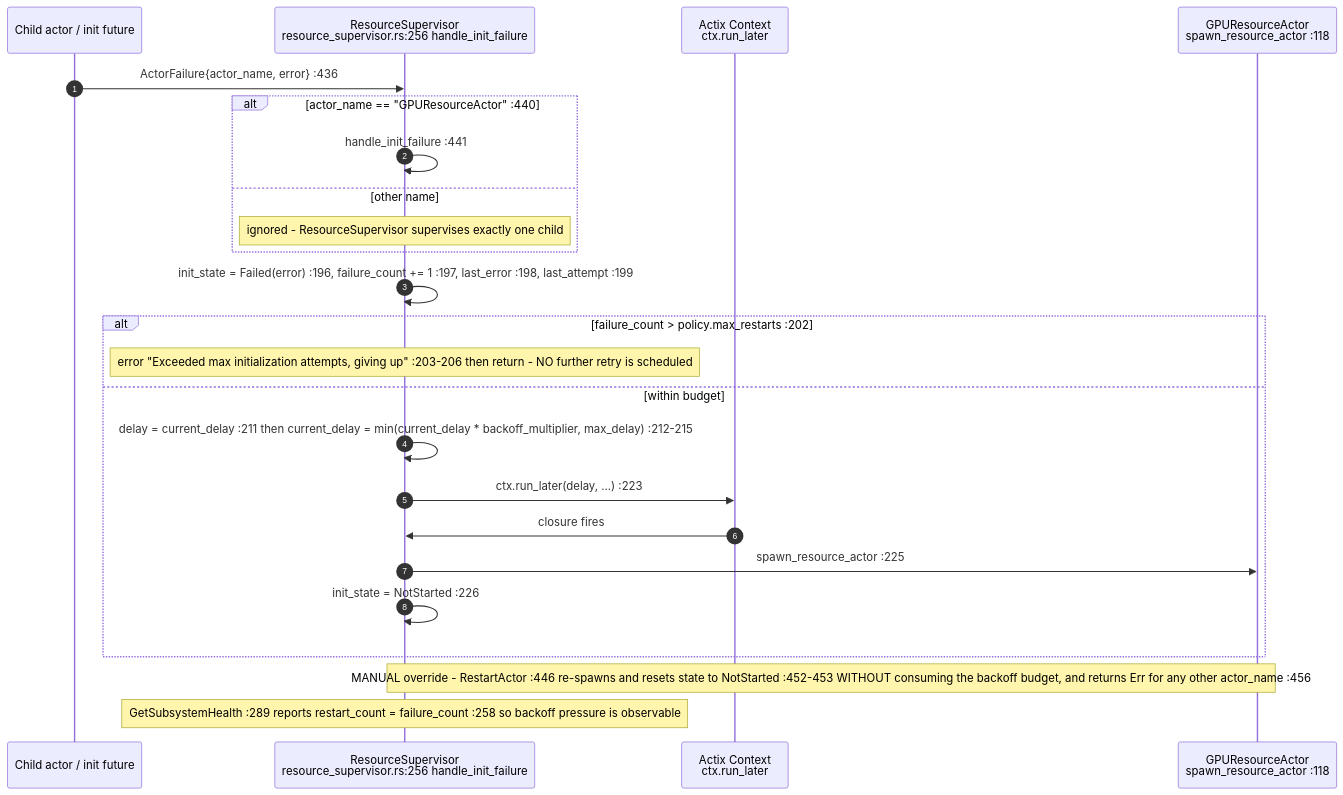
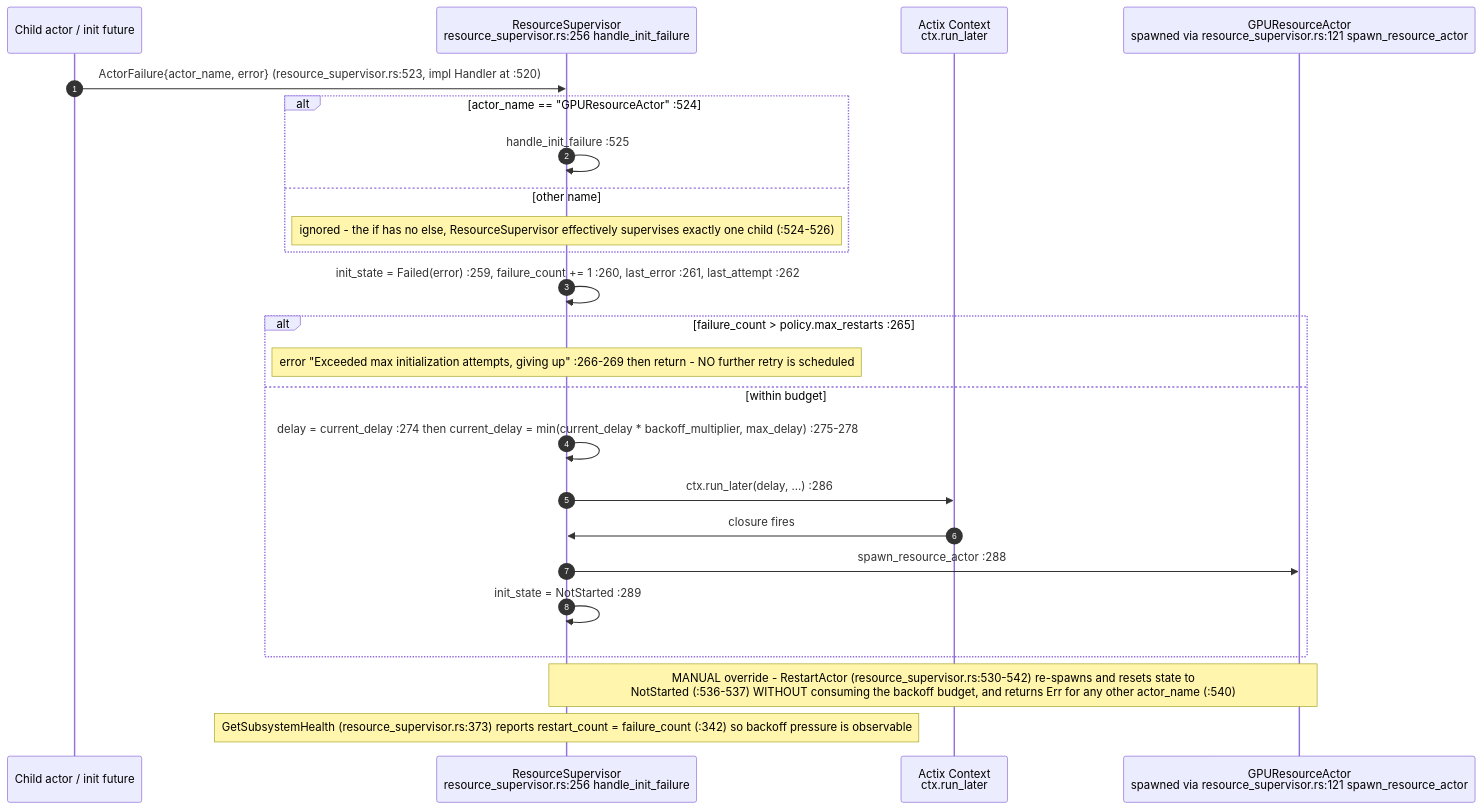
Before and after one commit to DreamLab-AI/VisionFlow: the fifth of 10 diagrams in docs/diagrams/visionclaw/10-gpu-supervision-and-context-bus.md, drawn with Mermaid. The commit also changed other lines of this file and 52 other files, not shown here.

First line of the commit message:
docs(diagrams): wave 3 checkpoint — bare line refs resolved, revision-pinned cite-check, VC-05/AB-01..13 re-attested

````diff
--- a/docs/diagrams/visionclaw/10-gpu-supervision-and-context-bus.md
+++ b/docs/diagrams/visionclaw/10-gpu-supervision-and-context-bus.md
@@ -204,27 +206,27 @@
 ```mermaid
 sequenceDiagram
     autonumber
     participant CH as Child actor / init future
     participant RS as ResourceSupervisor<br/>resource_supervisor.rs:256 handle_init_failure
     participant CTX as Actix Context<br/>ctx.run_later
-    participant GRA as GPUResourceActor<br/>spawn_resource_actor :118
+    participant GRA as GPUResourceActor<br/>spawned via resource_supervisor.rs:121 spawn_resource_actor
 
-    CH->>RS: ActorFailure{actor_name, error} :436
-    alt actor_name == "GPUResourceActor" :440
-        RS->>RS: handle_init_failure :441
+    CH->>RS: ActorFailure{actor_name, error} (resource_supervisor.rs:523, impl Handler at :520)
+    alt actor_name == "GPUResourceActor" :524
+        RS->>RS: handle_init_failure :525
     else other name
-        Note over RS: ignored - ResourceSupervisor supervises exactly one child
+        Note over RS: ignored - the if has no else, ResourceSupervisor effectively supervises exactly one child (:524-526)
     end
-    RS->>RS: init_state = Failed(error) :196, failure_count += 1 :197, last_error :198, last_attempt :199
-    alt failure_count > policy.max_restarts :202
-        Note over RS: error "Exceeded max initialization attempts, giving up" :203-206 then return - NO further retry is scheduled
+    RS->>RS: init_state = Failed(error) :259, failure_count += 1 :260, last_error :261, last_attempt :262
+    alt failure_count > policy.max_restarts :265
+        Note over RS: error "Exceeded max initialization attempts, giving up" :266-269 then return - NO further retry is scheduled
     else within budget
-        RS->>RS: delay = current_delay :211 then current_delay = min(current_delay * backoff_multiplier, max_delay) :212-215
-        RS->>CTX: ctx.run_later(delay, ...) :223
+        RS->>RS: delay = current_delay :274 then current_delay = min(current_delay * backoff_multiplier, max_delay) :275-278
+        RS->>CTX: ctx.run_later(delay, ...) :286
         CTX->>RS: closure fires
-        RS->>GRA: spawn_resource_actor :225
-        RS->>RS: init_state = NotStarted :226
+        RS->>GRA: spawn_resource_actor :288
+        RS->>RS: init_state = NotStarted :289
     end
-    Note over RS,GRA: MANUAL override - RestartActor :446 re-spawns and resets state to NotStarted :452-453 WITHOUT consuming the backoff budget, and returns Err for any other actor_name :456
-    Note over RS: GetSubsystemHealth :289 reports restart_count = failure_count :258 so backoff pressure is observable
+    Note over RS,GRA: MANUAL override - RestartActor (resource_supervisor.rs:530-542) re-spawns and resets state to<br/>NotStarted (:536-537) WITHOUT consuming the backoff budget, and returns Err for any other actor_name (:540)
+    Note over RS: GetSubsystemHealth (resource_supervisor.rs:373) reports restart_count = failure_count (:342) so backoff pressure is observable
 ```
````
